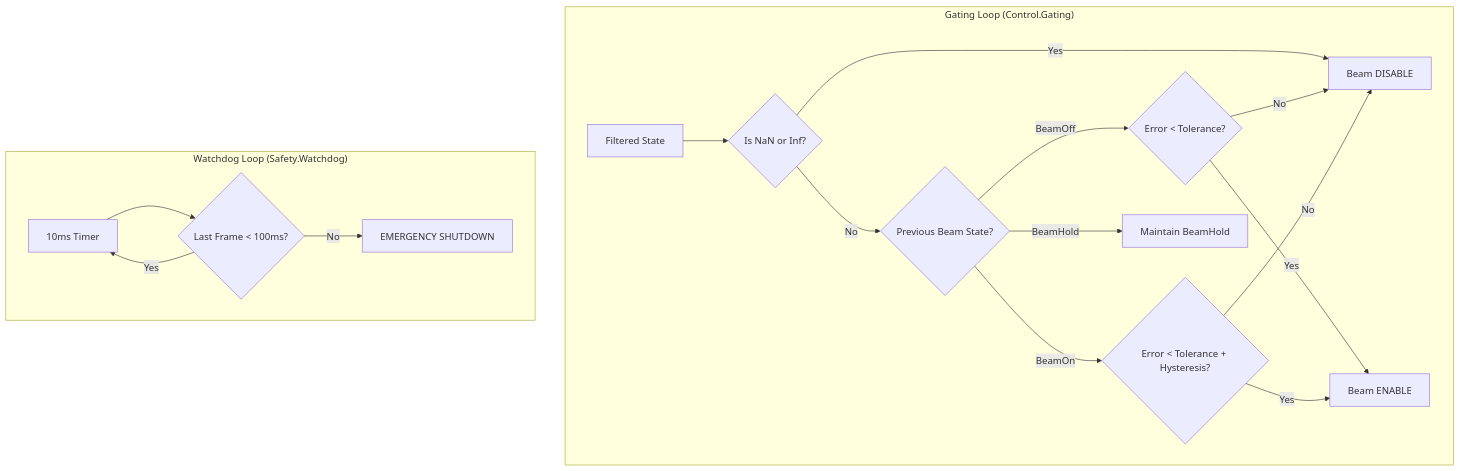
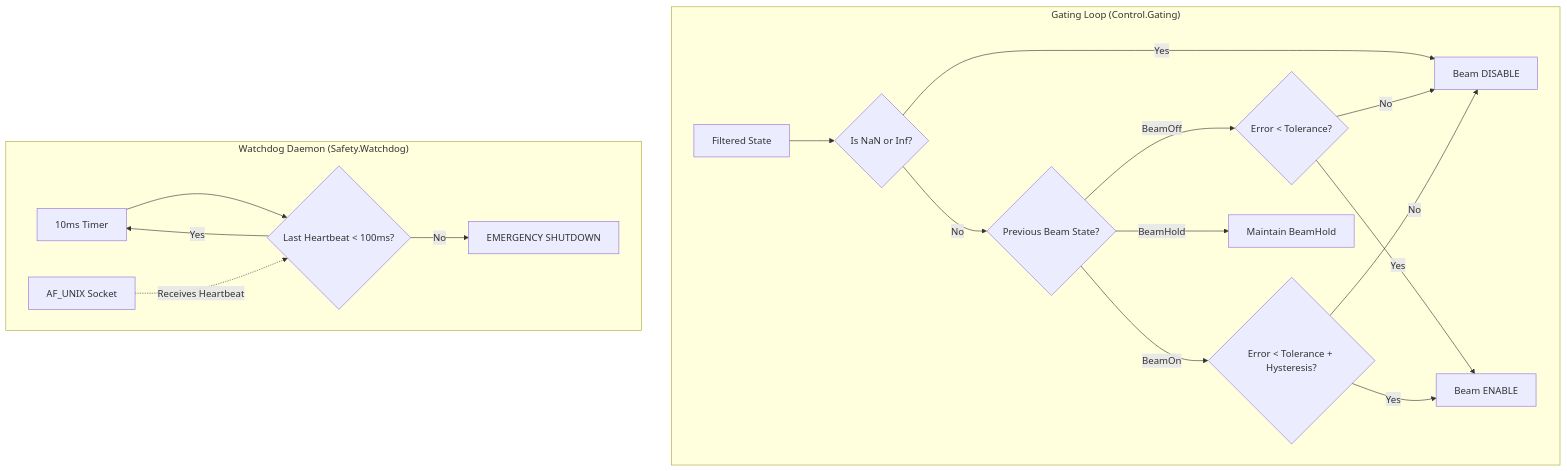
The fifth of 8 diagrams in docs/SYSTEM_DIAGRAMS.md (fderuiter/lambda-wave), drawn with Mermaid before and after one commit. The commit also changed other lines of this file and 7 other files, not shown here.

````diff
--- a/docs/SYSTEM_DIAGRAMS.md
+++ b/docs/SYSTEM_DIAGRAMS.md
@@ -139,24 +139,25 @@
 ```mermaid
 flowchart TD
     subgraph "Gating Loop (Control.Gating)"
         Input[Filtered State] --> NanCheck{Is NaN or Inf?}
         NanCheck -->|Yes| B_OFF[Beam DISABLE]
         NanCheck -->|No| SelectBranch{Previous Beam State?}
 
         SelectBranch -->|BeamOff| TolCheckOn{Error < Tolerance?}
         SelectBranch -->|BeamOn| TolCheckOff{Error < Tolerance + Hysteresis?}
         SelectBranch -->|BeamHold| B_HOLD[Maintain BeamHold]
 
         TolCheckOn -->|Yes| B_ON[Beam ENABLE]
         TolCheckOn -->|No| B_OFF
 
         TolCheckOff -->|Yes| B_ON
         TolCheckOff -->|No| B_OFF
     end
 
-    subgraph "Watchdog Loop (Safety.Watchdog)"
-        Timer[10ms Timer] --> Check{Last Frame < 100ms?}
+    subgraph "Watchdog Daemon (Safety.Watchdog)"
+        Timer[10ms Timer] --> Check{Last Heartbeat < 100ms?}
         Check -->|No| KILL[EMERGENCY SHUTDOWN]
         Check -->|Yes| Timer
+        Socket[AF_UNIX Socket] -.->|Receives Heartbeat| Check
     end
 ```
````
